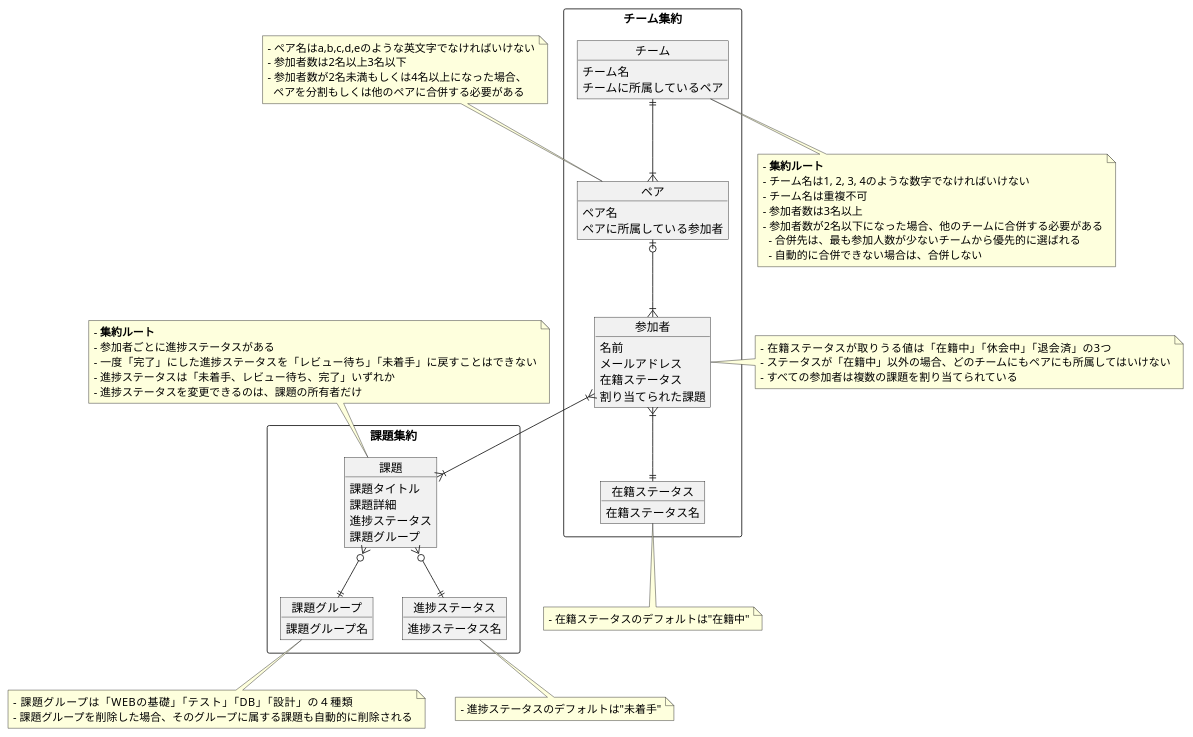
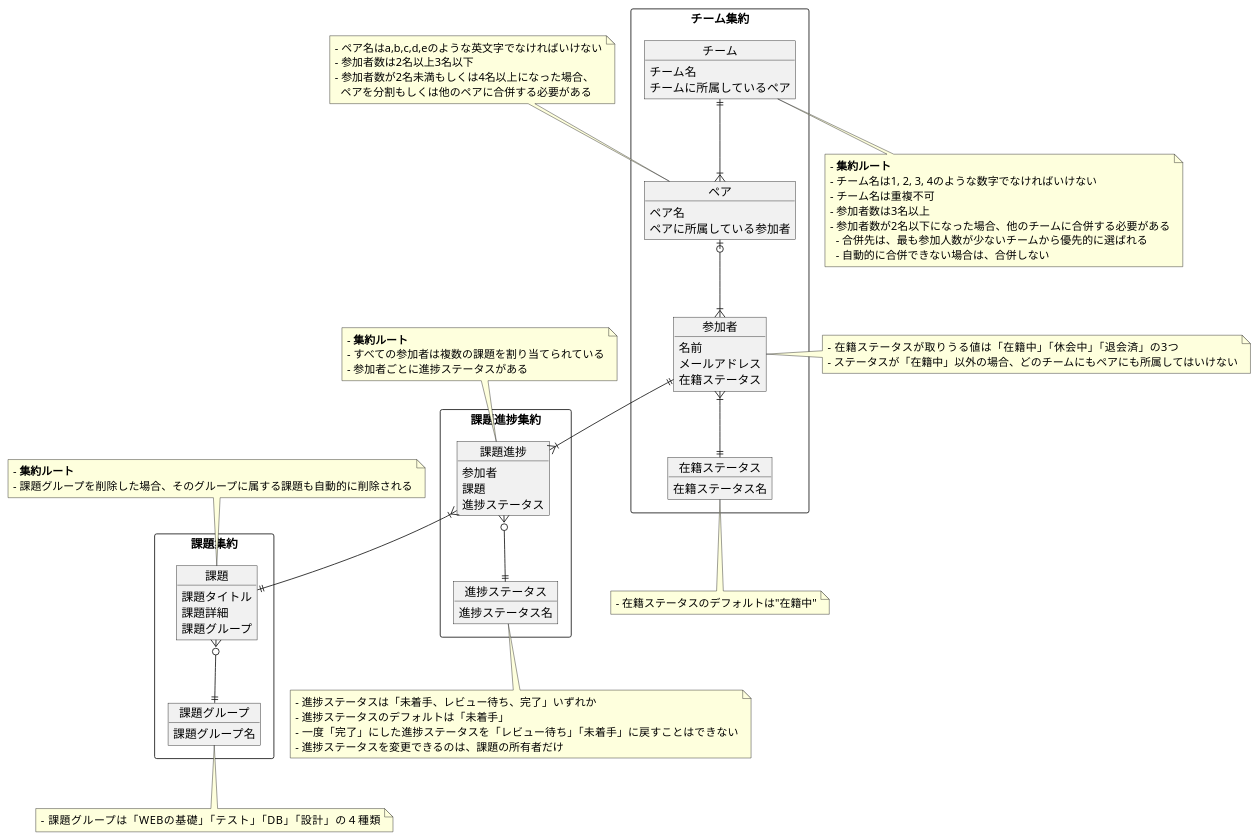
The diagram in 04_設計/04_プラハチャレンジをDDDで実装してみる/01_モデル図/ドメインモデル図.md (gn-t-k/PrAhaChallengeTasks), drawn with PlantUML before and after one commit.

Commit message:
ドメインモデル図修正

```diff
--- a/04_設計/04_プラハチャレンジをDDDで実装してみる/01_モデル図/ドメインモデル図.md
+++ b/04_設計/04_プラハチャレンジをDDDで実装してみる/01_モデル図/ドメインモデル図.md
@@ -16,38 +16,45 @@
     名前
     メールアドレス
     在籍ステータス
-    割り当てられた課題
   }
   Object 在籍ステータス {
     在籍ステータス名
   }
 }
-rectangle 課題集約 {
-  Object 課題 {
-    課題タイトル
-    課題詳細
+
+rectangle 課題進捗集約 {
+  Object 課題進捗 {
+    参加者
+    課題
     進捗ステータス
-    課題グループ
-  }
-  Object 課題グループ {
-    課題グループ名
   }
   Object 進捗ステータス {
     進捗ステータス名
   }
 }
 
+rectangle 課題集約 {
+  Object 課題 {
+    課題タイトル
+    課題詳細
+    課題グループ
+  }
+  Object 課題グループ {
+    課題グループ名
+  }
+}
+
 チーム ||--|{ ペア
 ペア |o--|{ 参加者
-参加者 }|--|{ 課題
 参加者 }|--|| 在籍ステータス
+参加者 ||--|{ 課題進捗
+課題進捗 }|--|| 課題
+課題進捗 }o--|| 進捗ステータス
 課題 }o--|| 課題グループ
-課題 }o--|| 進捗ステータス
 
 note right of 参加者
 - 在籍ステータスが取りうる値は「在籍中」「休会中」「退会済」の3つ
 - ステータスが「在籍中」以外の場合、どのチームにもペアにも所属してはいけない
-- すべての参加者は複数の課題を割り当てられている
 endnote
 
 note top of ペア
@@ -73,19 +80,24 @@
 
 note top of 課題
 - **集約ルート**
-- 参加者ごとに進捗ステータスがある
-- 一度「完了」にした進捗ステータスを「レビュー待ち」「未着手」に戻すことはできない
-- 進捗ステータスは「未着手、レビュー待ち、完了」いずれか
-- 進捗ステータスを変更できるのは、課題の所有者だけ
+- 課題グループを削除した場合、そのグループに属する課題も自動的に削除される
 end note
 
 note bottom of 課題グループ
 - 課題グループは「WEBの基礎」「テスト」「DB」「設計」の４種類
-- 課題グループを削除した場合、そのグループに属する課題も自動的に削除される
+end note
+
+note top of 課題進捗
+- **集約ルート**
+- すべての参加者は複数の課題を割り当てられている
+- 参加者ごとに進捗ステータスがある
 end note
 
 note bottom of 進捗ステータス
-- 進捗ステータスのデフォルトは"未着手"
+- 進捗ステータスは「未着手、レビュー待ち、完了」いずれか
+- 進捗ステータスのデフォルトは「未着手」
+- 一度「完了」にした進捗ステータスを「レビュー待ち」「未着手」に戻すことはできない
+- 進捗ステータスを変更できるのは、課題の所有者だけ
 end note
 
 @enduml
```
